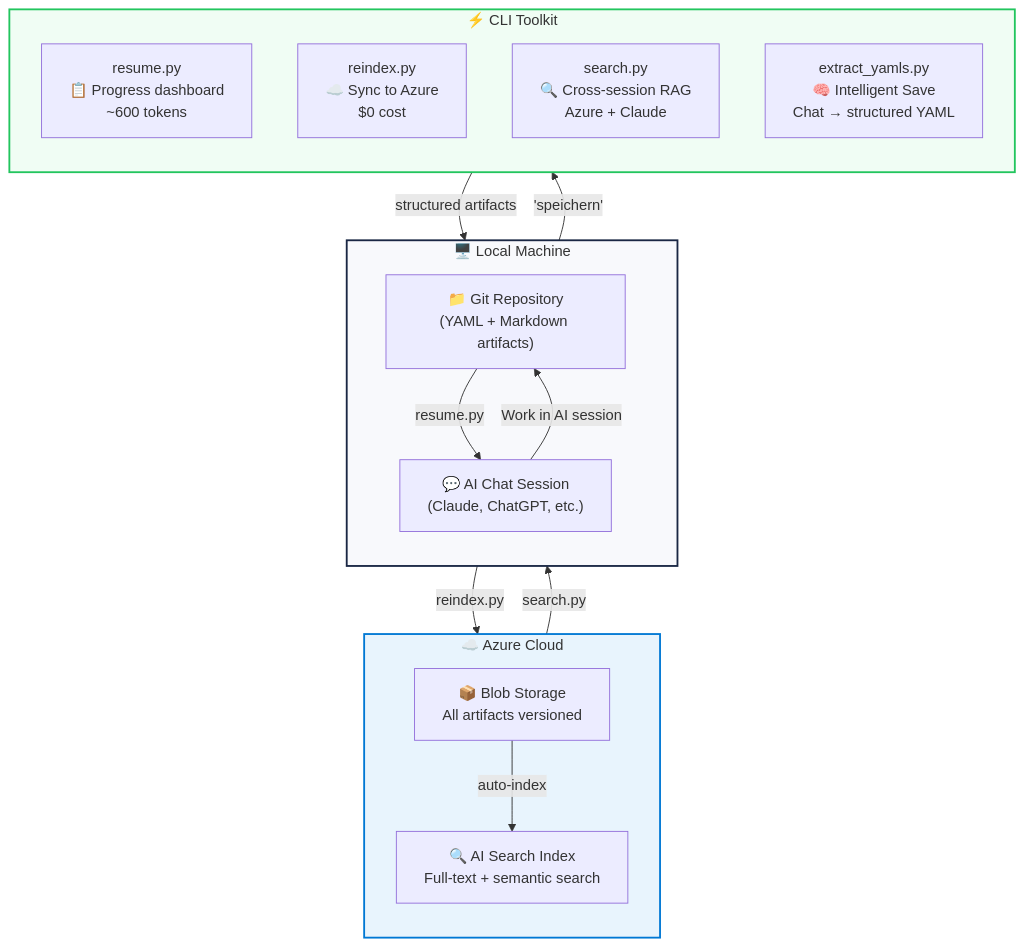
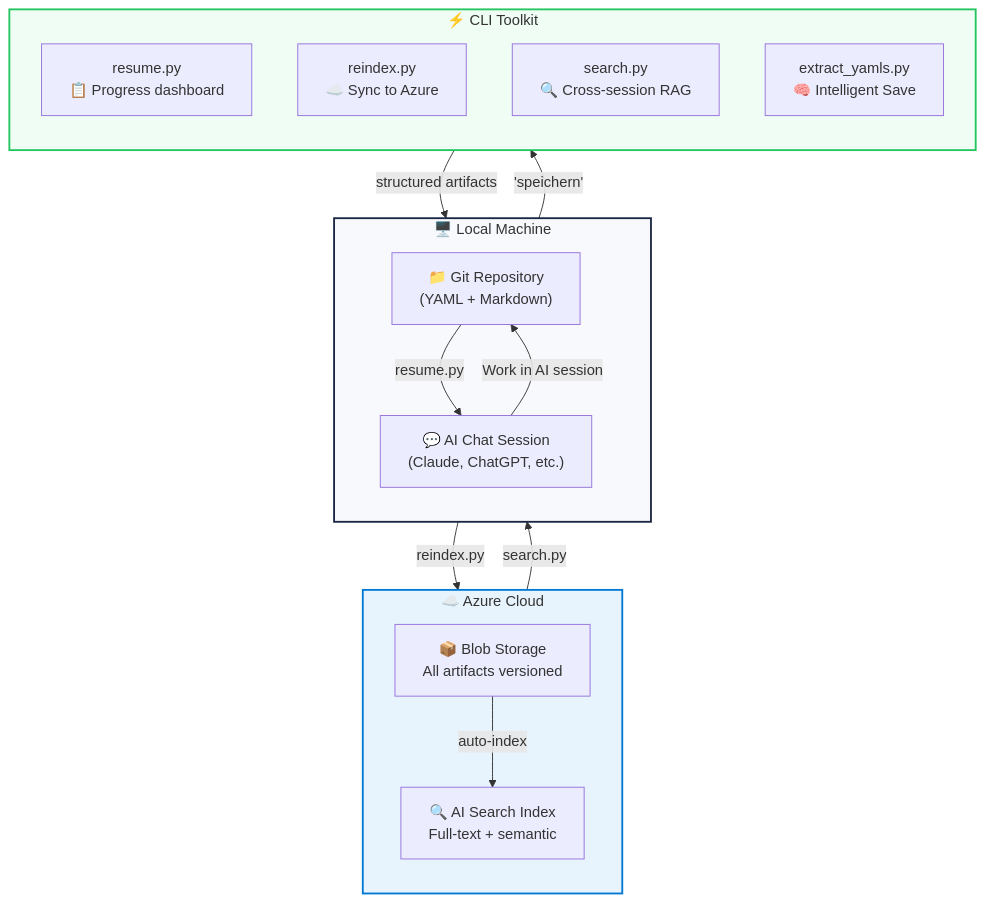
Before and after one commit to MustDemir/ai-context-vault: the second of 3 diagrams in README.md, drawn with Mermaid. The commit also changed other lines of this file and 1 other file, not shown here.

````diff
--- a/README.md
+++ b/README.md
@@ -107,34 +95,34 @@
 ```mermaid
 flowchart TB
     subgraph LOCAL["🖥️ Local Machine"]
         direction TB
-        GIT["📁 Git Repository\n(YAML + Markdown artifacts)"]
+        GIT["📁 Git Repository\n(YAML + Markdown)"]
         CHAT["💬 AI Chat Session\n(Claude, ChatGPT, etc.)"]
     end
 
     subgraph AZURE["☁️ Azure Cloud"]
         direction TB
         BLOB["📦 Blob Storage\nAll artifacts versioned"]
-        SEARCH["🔍 AI Search Index\nFull-text + semantic search"]
+        SEARCH["🔍 AI Search Index\nFull-text + semantic"]
     end
 
     subgraph SCRIPTS["⚡ CLI Toolkit"]
         direction TB
-        S1["resume.py\n📋 Progress dashboard\n~600 tokens"]
-        S2["reindex.py\n☁️ Sync to Azure\n$0 cost"]
-        S3["search.py\n🔍 Cross-session RAG\nAzure + Claude"]
-        S4["extract_yamls.py\n🧠 Intelligent Save\nChat → structured YAML"]
+        S1["resume.py\n📋 Progress dashboard"]
+        S2["reindex.py\n☁️ Sync to Azure"]
+        S3["search.py\n🔍 Cross-session RAG"]
+        S4["extract_yamls.py\n🧠 Intelligent Save"]
     end
 
     CHAT -->|"Work in AI session"| GIT
     GIT -->|"reindex.py"| BLOB
     BLOB -->|"auto-index"| SEARCH
     SEARCH -->|"search.py"| CHAT
     GIT -->|"resume.py"| CHAT
     CHAT -->|"'speichern'"| S4
     S4 -->|"structured artifacts"| GIT
 
     style LOCAL fill:#f8f9fc,stroke:#1a2744,stroke-width:2px
     style AZURE fill:#e8f4fd,stroke:#0078D4,stroke-width:2px
     style SCRIPTS fill:#f0fdf4,stroke:#22c55e,stroke-width:2px
 ```
````
